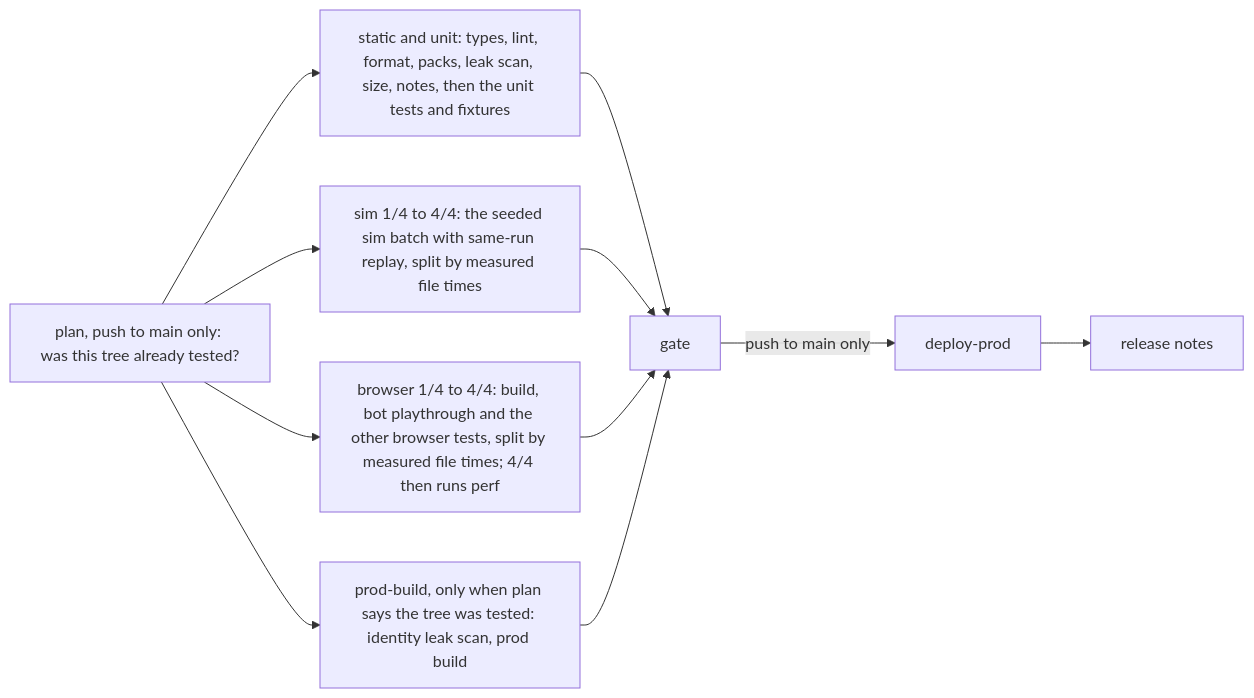
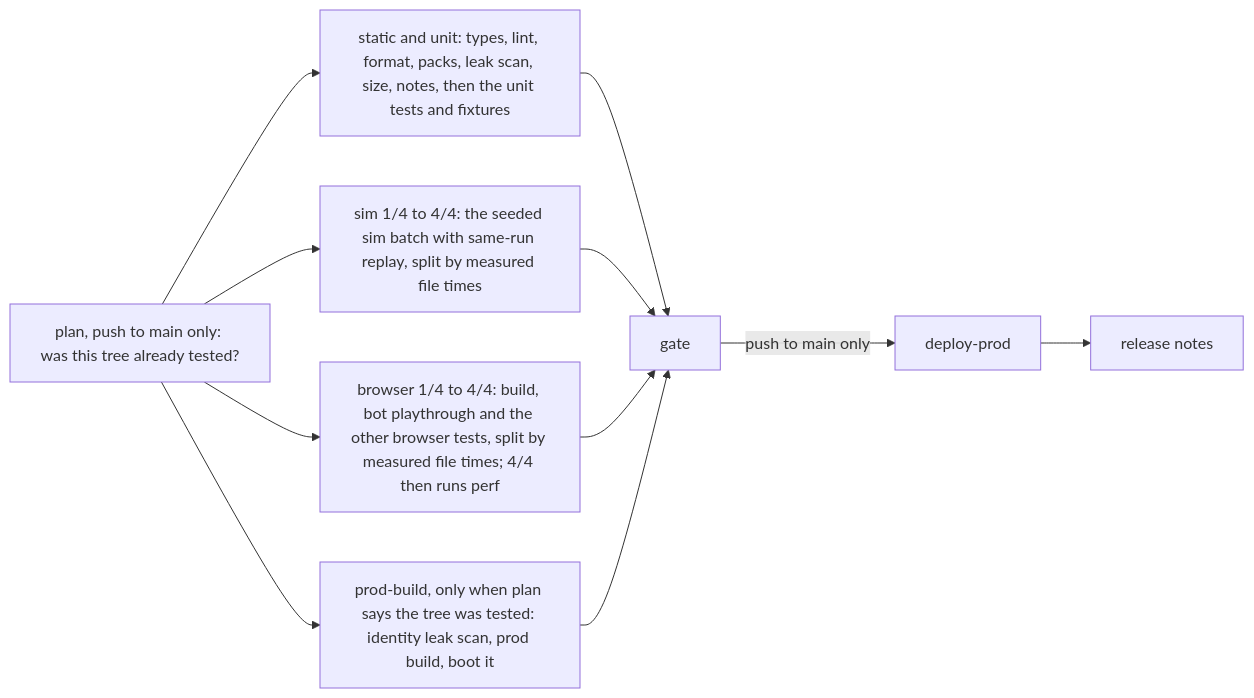
The diagram in docs/engineering.md (joshuasundance-swca/throttlebrawl), drawn with Mermaid before and after one commit. The commit also changed other lines of this file and 4 other files, not shown here.

First line of the commit message:
infra: deploy-prod and release survive a skipped ancestor; skip path boots its prod build

````diff
--- a/docs/engineering.md
+++ b/docs/engineering.md
@@ -263,10 +263,10 @@
 ```mermaid
 flowchart LR
   A[static and unit: types, lint, format, packs, leak scan, size, notes, then the unit tests and fixtures] --> G[gate]
   P[plan, push to main only: was this tree already tested?] --> A & S & C & B
   S[sim 1/4 to 4/4: the seeded sim batch with same-run replay, split by measured file times] --> G
   C[browser 1/4 to 4/4: build, bot playthrough and the other browser tests, split by measured file times; 4/4 then runs perf] --> G
-  B[prod-build, only when plan says the tree was tested: identity leak scan, prod build] --> G
+  B[prod-build, only when plan says the tree was tested: identity leak scan, prod build, boot it] --> G
   G -->|push to main only| D[deploy-prod]
   D --> R[release notes]
 ```
````
